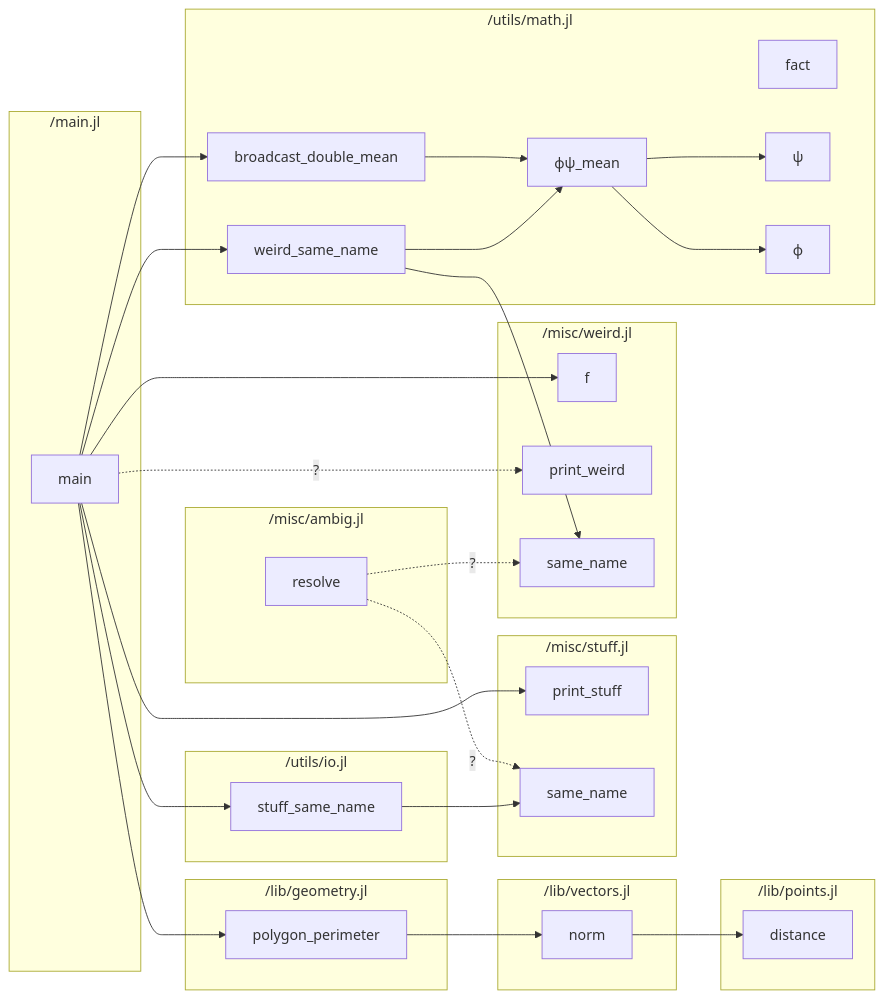
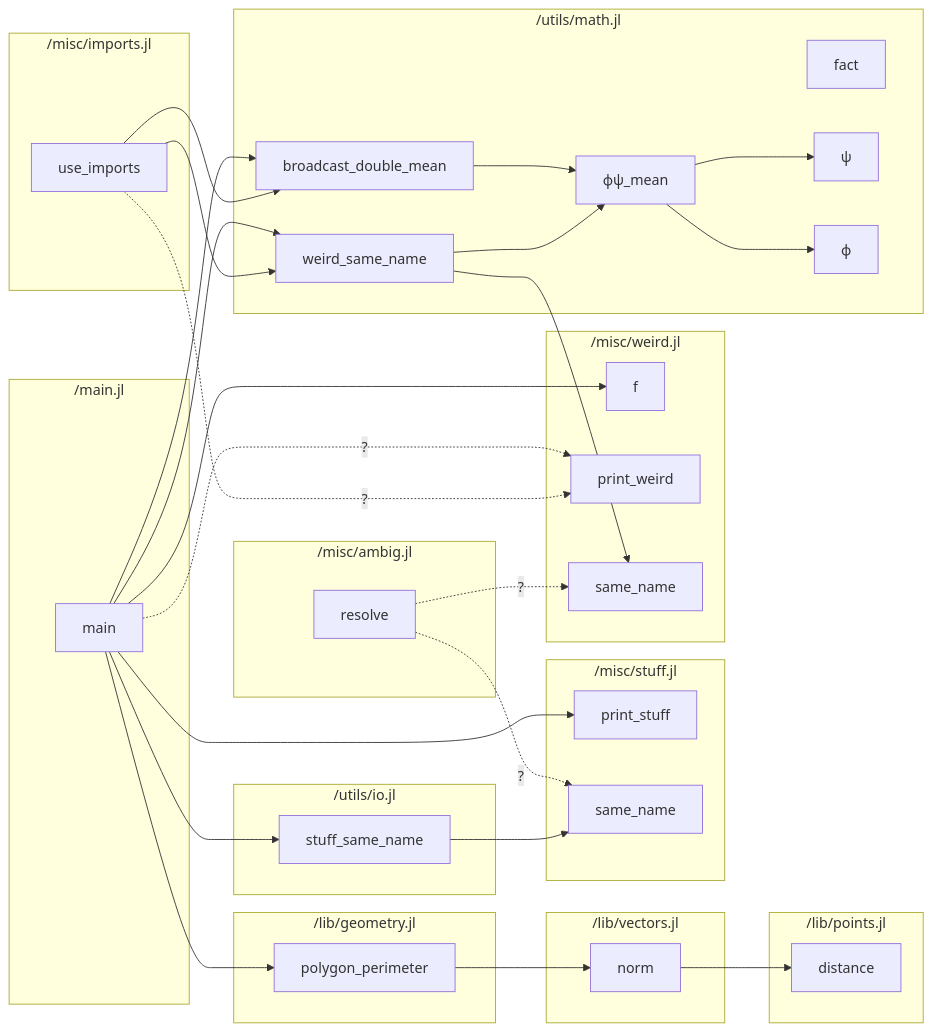
One commit to t-garin/MermaidCallGraph.jl changed the diagram in test/expected_test_repo.md. Above: the diagram before and after it, drawn with Mermaid. The commit also changed 2 other files, not shown here.

Commit message:
test_repo: import cases, regen kgo

````diff
--- a/test/expected_test_repo.md
+++ b/test/expected_test_repo.md
@@ -1,55 +1,61 @@
 ```mermaid
 flowchart LR
     subgraph "/lib/geometry.jl"
         _lib_geometry_jl_polygon_perimeter["polygon_perimeter"]
     end
     subgraph "/lib/points.jl"
         _lib_points_jl_distance["distance"]
     end
     subgraph "/lib/vectors.jl"
         _lib_vectors_jl_norm["norm"]
     end
     subgraph "/main.jl"
         _main_jl_main["main"]
     end
     subgraph "/misc/ambig.jl"
         _misc_ambig_jl_resolve["resolve"]
+    end
+    subgraph "/misc/imports.jl"
+        _misc_imports_jl_use_imports["use_imports"]
     end
     subgraph "/misc/stuff.jl"
         _misc_stuff_jl_print_stuff["print_stuff"]
         _misc_stuff_jl_same_name["same_name"]
     end
     subgraph "/misc/weird.jl"
         _misc_weird_jl_f["f"]
         _misc_weird_jl_print_weird["print_weird"]
         _misc_weird_jl_same_name["same_name"]
     end
     subgraph "/utils/io.jl"
         _utils_io_jl_stuff_same_name["stuff_same_name"]
     end
     subgraph "/utils/math.jl"
         _utils_math_jl_broadcast_double_mean["broadcast_double_mean"]
         _utils_math_jl_fact["fact"]
         _utils_math_jl_weird_same_name["weird_same_name"]
         _utils_math_jl_u3c8["ψ"]
         _utils_math_jl_u3d5["ϕ"]
         _utils_math_jl_u3d5u3c8_mean["ϕψ_mean"]
     end
     _lib_geometry_jl_polygon_perimeter --> _lib_vectors_jl_norm
     _lib_vectors_jl_norm --> _lib_points_jl_distance
     _main_jl_main --> _lib_geometry_jl_polygon_perimeter
     _main_jl_main --> _misc_stuff_jl_print_stuff
     _main_jl_main --> _misc_weird_jl_f
     _main_jl_main -. ? .-> _misc_weird_jl_print_weird
     _main_jl_main --> _utils_io_jl_stuff_same_name
     _main_jl_main --> _utils_math_jl_broadcast_double_mean
     _main_jl_main --> _utils_math_jl_weird_same_name
     _misc_ambig_jl_resolve -. ? .-> _misc_stuff_jl_same_name
     _misc_ambig_jl_resolve -. ? .-> _misc_weird_jl_same_name
+    _misc_imports_jl_use_imports -. ? .-> _misc_weird_jl_print_weird
+    _misc_imports_jl_use_imports --> _utils_math_jl_broadcast_double_mean
+    _misc_imports_jl_use_imports --> _utils_math_jl_weird_same_name
     _utils_io_jl_stuff_same_name --> _misc_stuff_jl_same_name
     _utils_math_jl_broadcast_double_mean --> _utils_math_jl_u3d5u3c8_mean
     _utils_math_jl_weird_same_name --> _misc_weird_jl_same_name
     _utils_math_jl_weird_same_name --> _utils_math_jl_u3d5u3c8_mean
     _utils_math_jl_u3d5u3c8_mean --> _utils_math_jl_u3c8
     _utils_math_jl_u3d5u3c8_mean --> _utils_math_jl_u3d5
 ```
````
